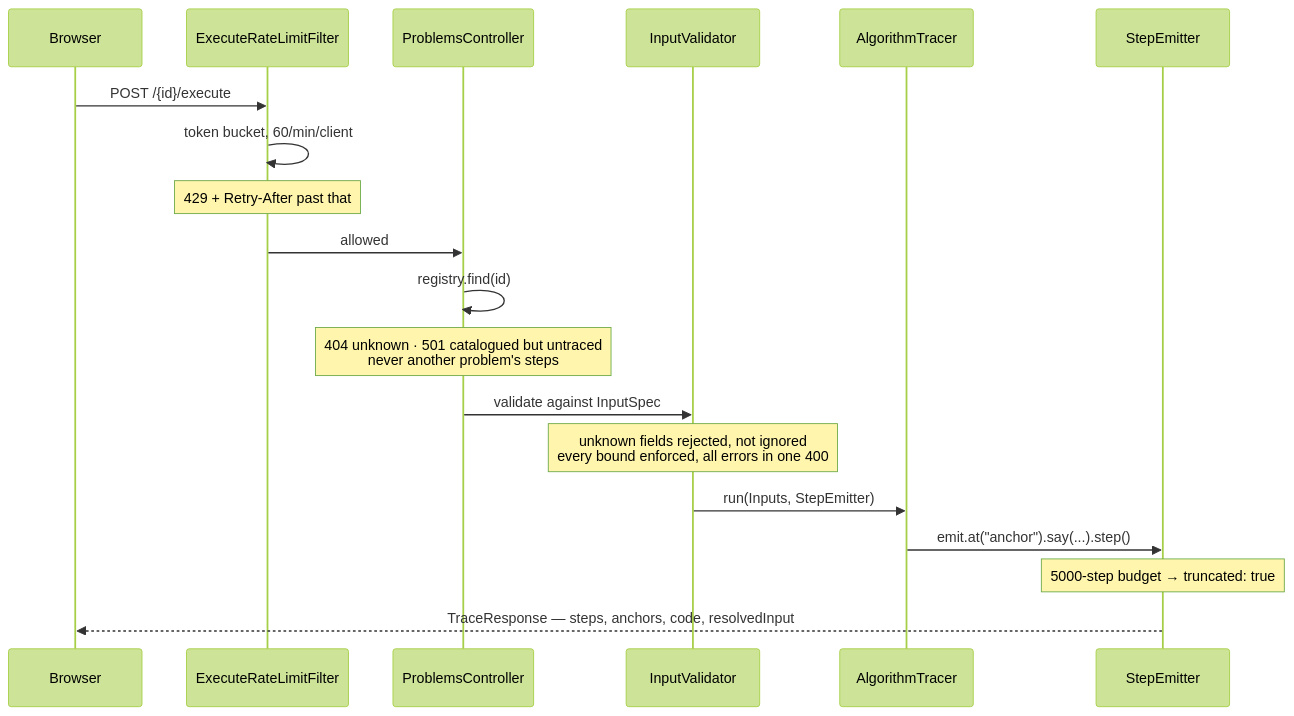
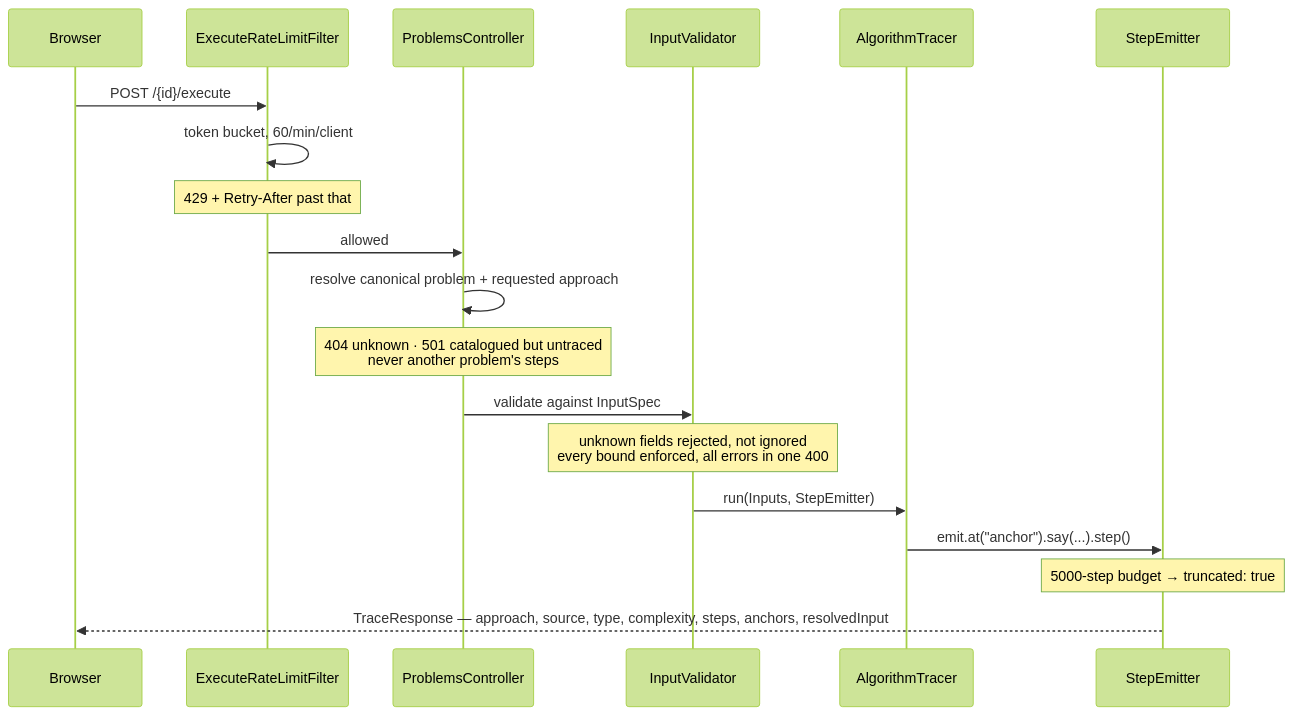
Before and after one commit to Prem-Duvvapu/dsa-with-ui: the second of 4 diagrams in ARCHITECTURE.md, drawn with Mermaid (forest theme). The commit also changed other lines of this file and 38 other files, not shown here.

````diff
--- a/ARCHITECTURE.md
+++ b/ARCHITECTURE.md
@@ -54,22 +59,22 @@
 ```mermaid
 sequenceDiagram
     participant U as Browser
     participant F as ExecuteRateLimitFilter
     participant C as ProblemsController
     participant V as InputValidator
     participant T as AlgorithmTracer
     participant E as StepEmitter
 
     U->>F: POST /{id}/execute
     F->>F: token bucket, 60/min/client
     Note over F: 429 + Retry-After past that
     F->>C: allowed
-    C->>C: registry.find(id)
+    C->>C: resolve canonical problem + requested approach
     Note over C: 404 unknown · 501 catalogued but untraced<br/>never another problem's steps
     C->>V: validate against InputSpec
     Note over V: unknown fields rejected, not ignored<br/>every bound enforced, all errors in one 400
     V->>T: run(Inputs, StepEmitter)
     T->>E: emit.at("anchor").say(...).step()
     Note over E: 5000-step budget → truncated: true
-    E-->>U: TraceResponse — steps, anchors, code, resolvedInput
+    E-->>U: TraceResponse — approach, source, type, complexity, steps, anchors, resolvedInput
 ```
````
